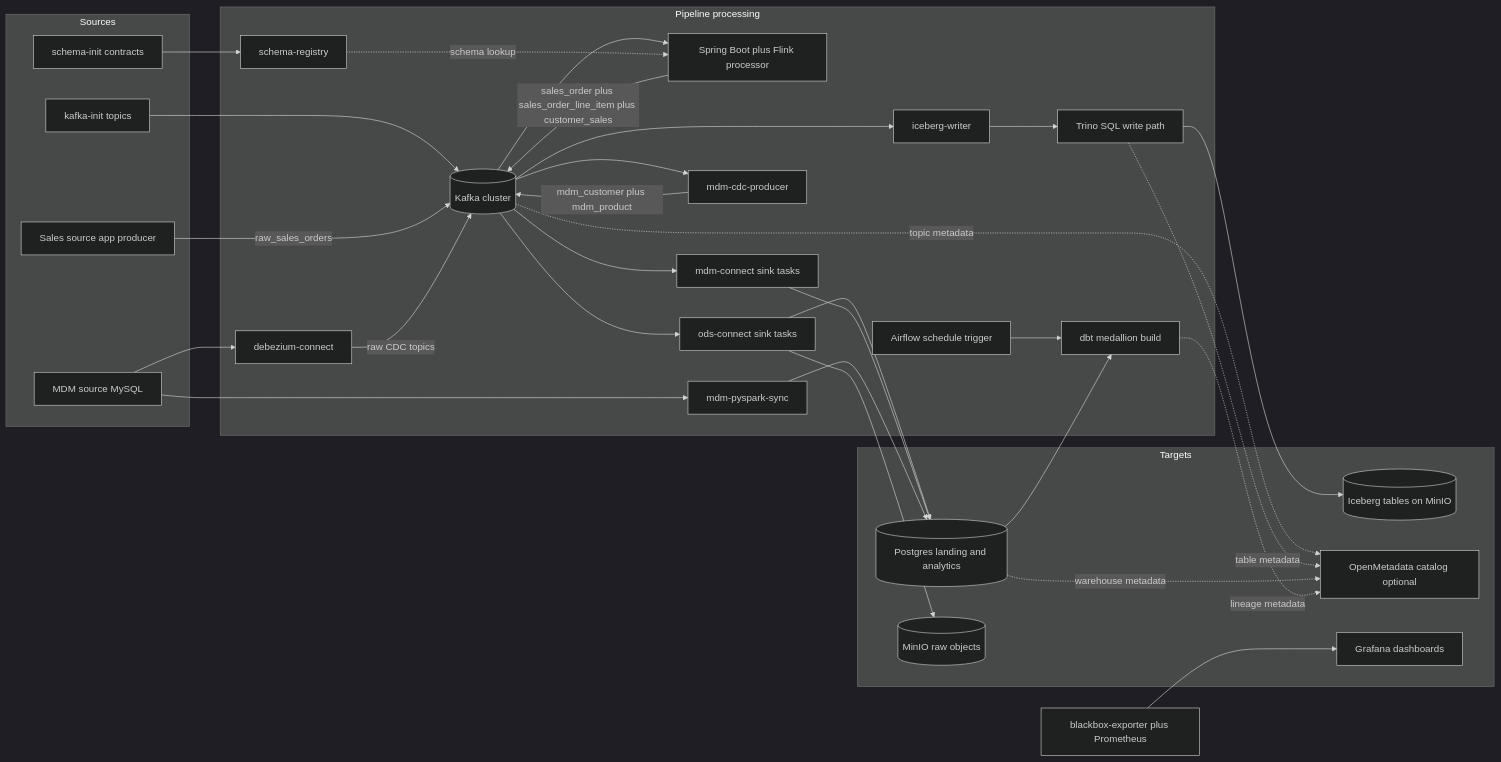
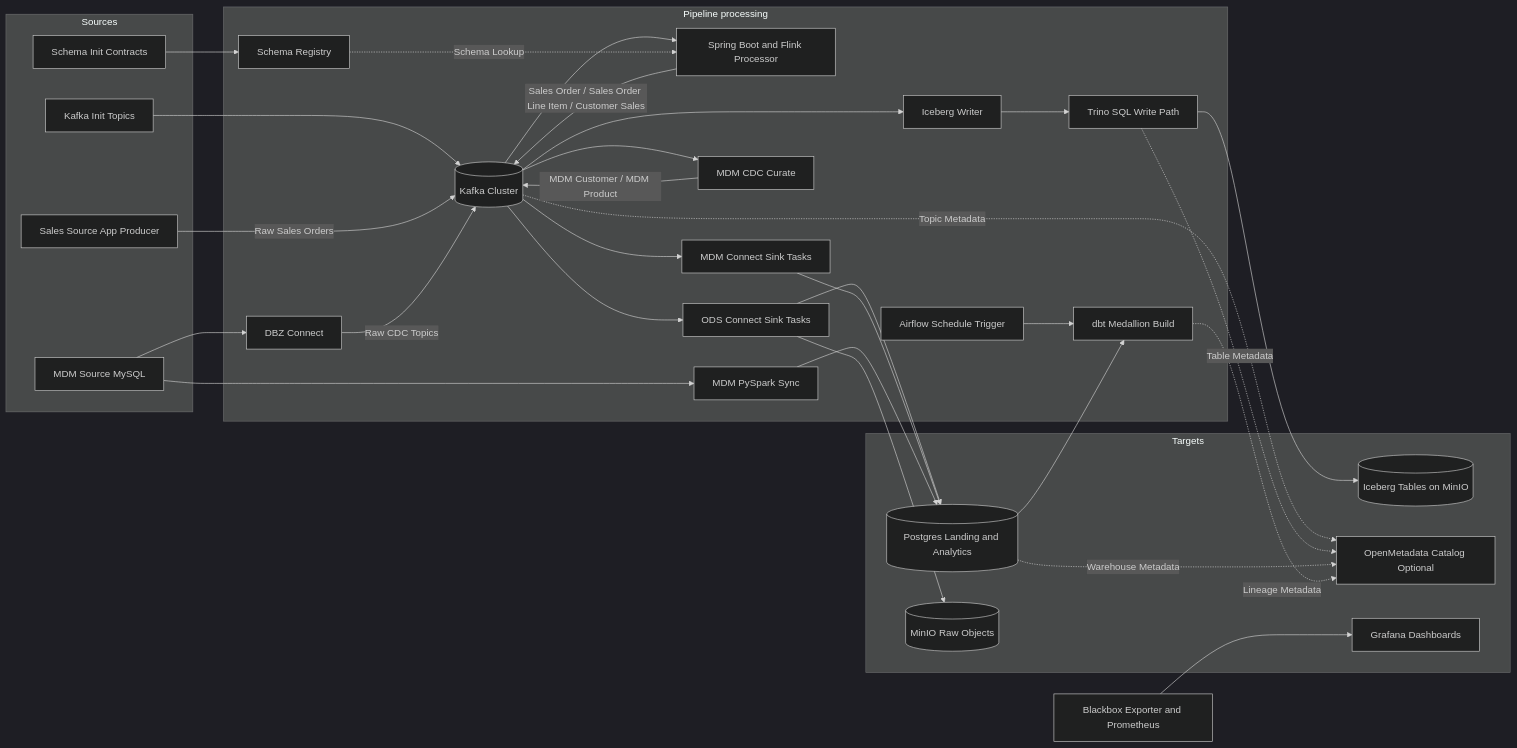
Before and after one commit to paulchen8206/Full-Stack-Modern-Data-Architecture-and-Engineering: the second of 9 diagrams in docs/architecture.md, drawn with Mermaid (dark theme). The commit also changed other lines of this file and 122 other files, not shown here.

````diff
--- a/docs/architecture.md
+++ b/docs/architecture.md
@@ -363,65 +363,65 @@
 ```mermaid
 flowchart LR
   subgraph S[Sources]
-    SRC1[Sales source app producer]
-    SRC2[MDM source MySQL]
-    BOOT1[kafka-init topics]
-    BOOT2[schema-init contracts]
+    SRC1[Sales Source App Producer]
+    SRC2[MDM Source MySQL]
+    BOOT1[Kafka Init Topics]
+    BOOT2[Schema Init Contracts]
   end
 
   subgraph P[Pipeline processing]
-    K[(Kafka cluster)]
-    SR[schema-registry]
-    PROC[Spring Boot plus Flink processor]
-    ODS[ods-connect sink tasks]
-    DBZ[debezium-connect]
-    MCP[mdm-cdc-producer]
-    MDMK[mdm-connect sink tasks]
-    SP[mdm-pyspark-sync]
-    IW[iceberg-writer]
-    TR[Trino SQL write path]
-    DBT[dbt medallion build]
-    AF[Airflow schedule trigger]
+    K[(Kafka Cluster)]
+    SR[Schema Registry]
+    PROC[Spring Boot and Flink Processor]
+    ODS[ODS Connect Sink Tasks]
+    DBZ[DBZ Connect]
+    MCP[MDM CDC Curate]
+    MDMK[MDM Connect Sink Tasks]
+    SP[MDM PySpark Sync]
+    IW[Iceberg Writer]
+    TR[Trino SQL Write Path]
+    DBT[dbt Medallion Build]
+    AF[Airflow Schedule Trigger]
   end
 
   subgraph T[Targets]
-    TGT1[(Postgres landing and analytics)]
-    TGT2[(MinIO raw objects)]
-    TGT3[(Iceberg tables on MinIO)]
-    TGT4[OpenMetadata catalog optional]
-    TGT5[Grafana dashboards]
+    TGT1[(Postgres Landing and Analytics)]
+    TGT2[(MinIO Raw Objects)]
+    TGT3[(Iceberg Tables on MinIO)]
+    TGT4[OpenMetadata Catalog Optional]
+    TGT5[Grafana Dashboards]
   end
 
   BOOT1 --> K
   BOOT2 --> SR
-  SRC1 -->|raw_sales_orders| K
+  SRC1 -->|Raw Sales Orders| K
   K --> PROC
-  SR -.schema lookup.-> PROC
-  PROC -->|sales_order plus sales_order_line_item plus customer_sales| K
+  SR -.Schema Lookup.-> PROC
+  PROC -->|Sales Order / Sales Order Line Item / Customer Sales| K
   K --> ODS
   ODS --> TGT1
   ODS --> TGT2
 
   SRC2 --> DBZ
-  DBZ -->|raw CDC topics| K
+  DBZ -->|Raw CDC Topics| K
   K --> MCP
-  MCP -->|mdm_customer plus mdm_product| K
+  MCP -->|MDM Customer / MDM Product| K
   K --> MDMK
   MDMK --> TGT1
   SRC2 --> SP
   SP --> TGT1
 
   K --> IW
   IW --> TR
   TR --> TGT3
 
   TGT1 --> DBT
   AF --> DBT
 
-  K -.topic metadata.-> TGT4
-  TR -.table metadata.-> TGT4
-  TGT1 -.warehouse metadata.-> TGT4
-  DBT -.lineage metadata.-> TGT4
+  K -.Topic Metadata.-> TGT4
+  TR -.Table Metadata.-> TGT4
+  TGT1 -.Warehouse Metadata.-> TGT4
+  DBT -.Lineage Metadata.-> TGT4
 
-  OBS[blackbox-exporter plus Prometheus] --> TGT5
+  OBS[Blackbox Exporter and Prometheus] --> TGT5
 ```
````
